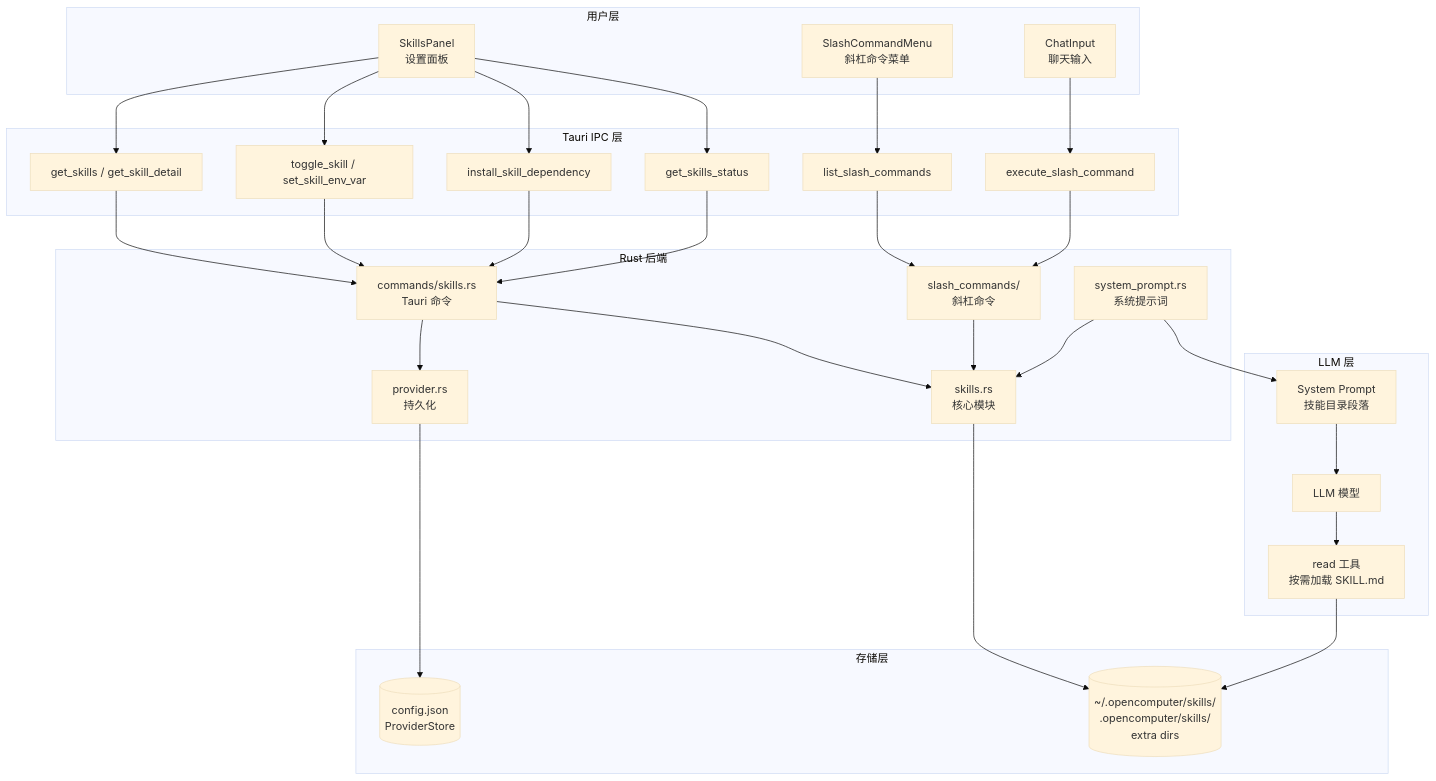
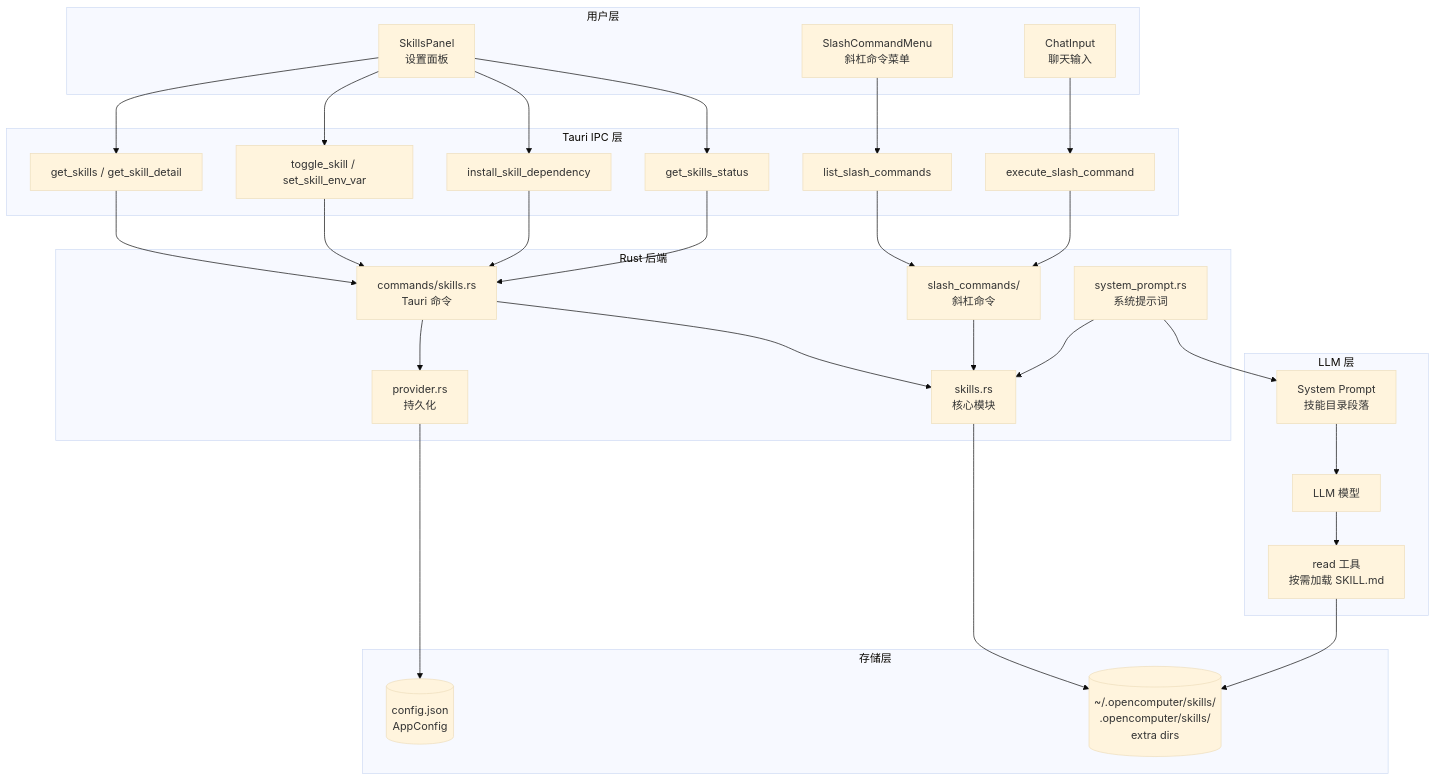
One commit to shiwenwen/hope-agent changed the first of 14 diagrams in docs/architecture/skill-system.md. Above: the diagram before and after it, drawn with Mermaid (base theme). The commit also changed other lines of this file and 79 other files, not shown here.

First line of the commit message:
refactor: ProviderStore → AppConfig + 搬家到 crate::config

````diff
--- a/docs/architecture/skill-system.md
+++ b/docs/architecture/skill-system.md
@@ -42,56 +42,56 @@
 ```mermaid
 graph TB
     subgraph 用户层
         UI[SkillsPanel<br/>设置面板]
         CMD[SlashCommandMenu<br/>斜杠命令菜单]
         CHAT[ChatInput<br/>聊天输入]
     end
 
     subgraph Tauri IPC 层
         T1[get_skills / get_skill_detail]
         T2[toggle_skill / set_skill_env_var]
         T3[install_skill_dependency]
         T4[get_skills_status]
         T5[list_slash_commands]
         T6[execute_slash_command]
     end
 
     subgraph Rust 后端
         SKILLS[skills.rs<br/>核心模块]
         CMDS[commands/skills.rs<br/>Tauri 命令]
         SP[system_prompt.rs<br/>系统提示词]
         SLASH[slash_commands/<br/>斜杠命令]
         PROV[provider.rs<br/>持久化]
     end
 
     subgraph 存储层
-        CONFIG[(config.json<br/>ProviderStore)]
+        CONFIG[(config.json<br/>AppConfig)]
         FS[("~/.opencomputer/skills/<br/>.opencomputer/skills/<br/>extra dirs")]
     end
 
     subgraph LLM 层
         PROMPT[System Prompt<br/>技能目录段落]
         LLM[LLM 模型]
         READ[read 工具<br/>按需加载 SKILL.md]
     end
 
     UI --> T1 & T2 & T3 & T4
     CMD --> T5
     CHAT --> T6
 
     T1 & T2 & T3 & T4 --> CMDS
     T5 & T6 --> SLASH
 
     CMDS --> SKILLS
     SLASH --> SKILLS
     SP --> SKILLS
 
     SKILLS --> FS
     CMDS --> PROV
     PROV --> CONFIG
 
     SP --> PROMPT
     PROMPT --> LLM
     LLM --> READ
     READ --> FS
 ```
````
